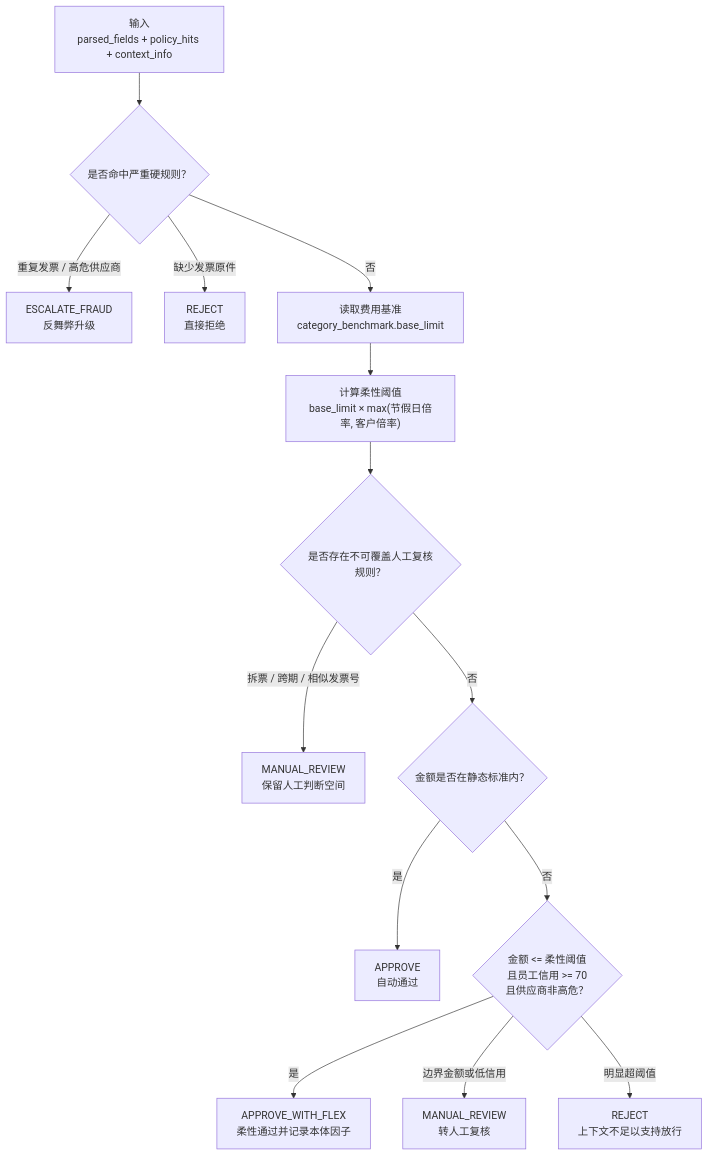
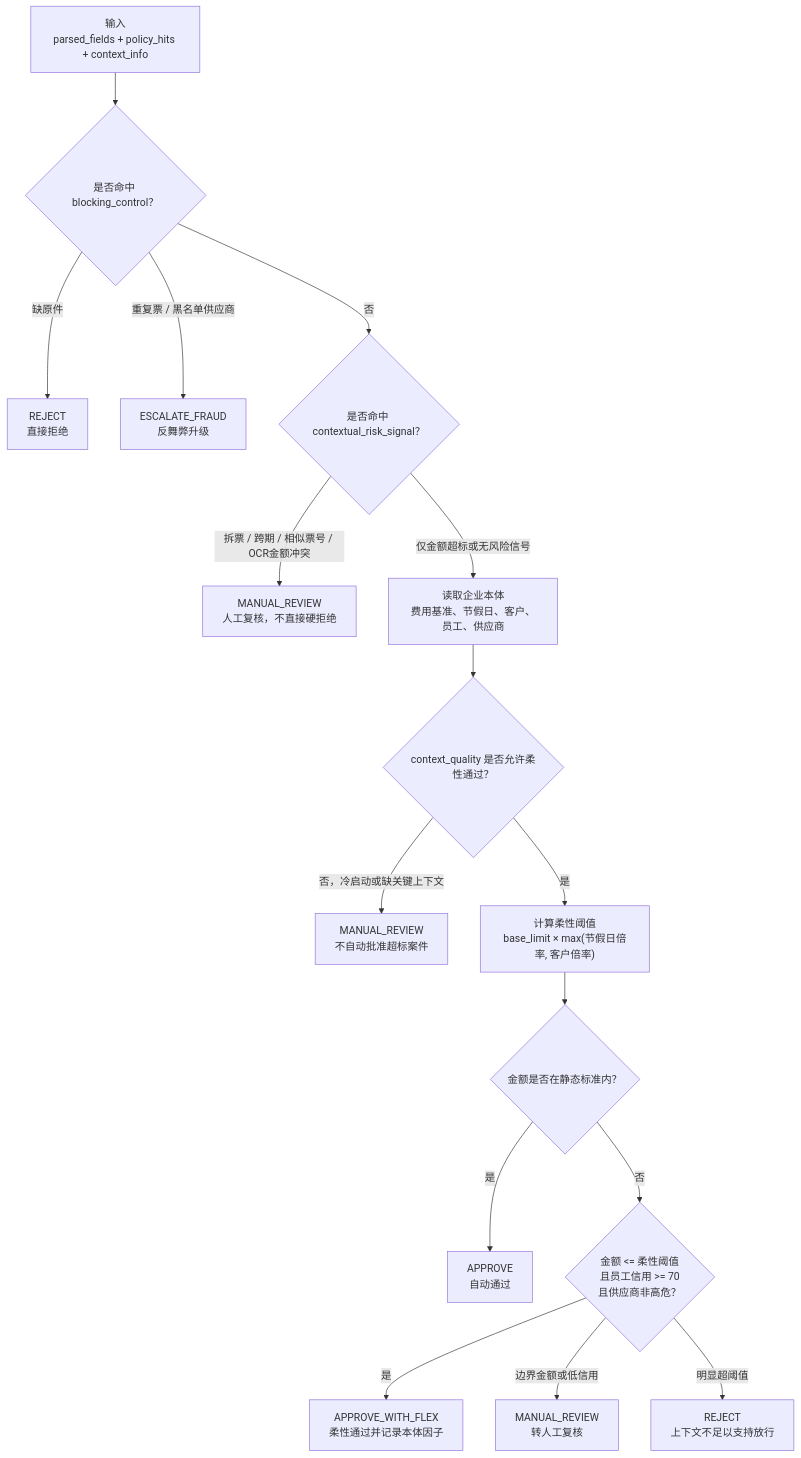
The fifth of 5 diagrams in docs/FINTRACE_FLOW.md (wangzichang224-design/FinTrace), drawn with Mermaid before and after one commit. The commit also changed other lines of this file and 16 other files, not shown here.

````diff
--- a/docs/FINTRACE_FLOW.md
+++ b/docs/FINTRACE_FLOW.md
@@ -69,16 +86,18 @@
 ```mermaid
 flowchart TB
-    A["输入<br/>parsed_fields + policy_hits + context_info"] --> B{"是否命中严重硬规则？"}
-    B -->|重复发票 / 高危供应商| C["ESCALATE_FRAUD<br/>反舞弊升级"]
-    B -->|缺少发票原件| D["REJECT<br/>直接拒绝"]
-    B -->|否| E["读取费用基准<br/>category_benchmark.base_limit"]
-    E --> F["计算柔性阈值<br/>base_limit × max(节假日倍率, 客户倍率)"]
-    F --> G{"是否存在不可覆盖人工复核规则？"}
-    G -->|拆票 / 跨期 / 相似发票号| H["MANUAL_REVIEW<br/>保留人工判断空间"]
-    G -->|否| I{"金额是否在静态标准内？"}
-    I -->|是| J["APPROVE<br/>自动通过"]
-    I -->|否| K{"金额 <= 柔性阈值<br/>且员工信用 >= 70<br/>且供应商非高危？"}
-    K -->|是| L["APPROVE_WITH_FLEX<br/>柔性通过并记录本体因子"]
-    K -->|边界金额或低信用| M["MANUAL_REVIEW<br/>转人工复核"]
-    K -->|明显超阈值| N["REJECT<br/>上下文不足以支持放行"]
+    A["输入<br/>parsed_fields + policy_hits + context_info"] --> B{"是否命中 blocking_control？"}
+    B -->|缺原件| C["REJECT<br/>直接拒绝"]
+    B -->|重复票 / 黑名单供应商| D["ESCALATE_FRAUD<br/>反舞弊升级"]
+    B -->|否| E{"是否命中 contextual_risk_signal？"}
+    E -->|拆票 / 跨期 / 相似票号 / OCR金额冲突| F["MANUAL_REVIEW<br/>人工复核，不直接硬拒绝"]
+    E -->|仅金额超标或无风险信号| G["读取企业本体<br/>费用基准、节假日、客户、员工、供应商"]
+    G --> H{"context_quality 是否允许柔性通过？"}
+    H -->|否，冷启动或缺关键上下文| I["MANUAL_REVIEW<br/>不自动批准超标案件"]
+    H -->|是| J["计算柔性阈值<br/>base_limit × max(节假日倍率, 客户倍率)"]
+    J --> K{"金额是否在静态标准内？"}
+    K -->|是| L["APPROVE<br/>自动通过"]
+    K -->|否| M{"金额 <= 柔性阈值<br/>且员工信用 >= 70<br/>且供应商非高危？"}
+    M -->|是| N["APPROVE_WITH_FLEX<br/>柔性通过并记录本体因子"]
+    M -->|边界金额或低信用| O["MANUAL_REVIEW<br/>转人工复核"]
+    M -->|明显超阈值| P["REJECT<br/>上下文不足以支持放行"]
 ```
````
